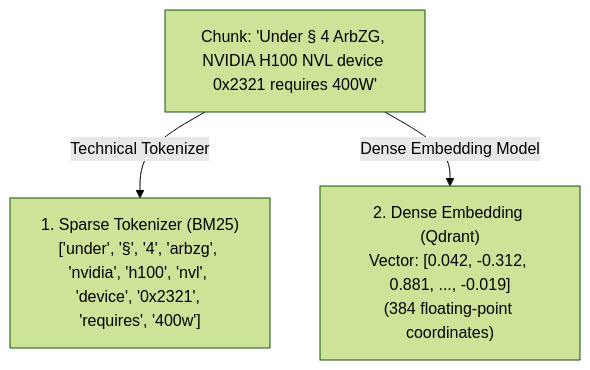
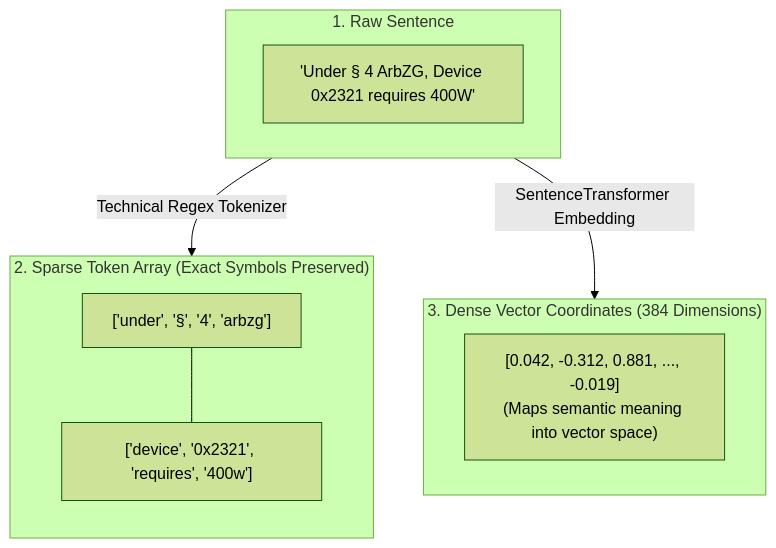
The fourth of 8 diagrams in README.md (frasheed-dev/specrag), drawn with Mermaid (forest theme) before and after one commit. The commit also changed other lines of this file, not shown here.

Commit message:
docs: add metric explanations (Hit Rate, MRR, Latency, CPU vs GPU) and multi-type Mermaid diagrams

````diff
--- a/README.md
+++ b/README.md
@@ -107,7 +107,20 @@
 ```mermaid
 flowchart TD
-    Chunk["Chunk: 'Under § 4 ArbZG, NVIDIA H100 NVL device 0x2321 requires 400W'"]
-    
-    Chunk -->|Technical Tokenizer| Sparse["1. Sparse Tokenizer (BM25)\n['under', '§', '4', 'arbzg', 'nvidia', 'h100', 'nvl', 'device', '0x2321', 'requires', '400w']"]
-    Chunk -->|Dense Embedding Model| Dense["2. Dense Embedding (Qdrant)\nVector: [0.042, -0.312, 0.881, ..., -0.019]\n(384 floating-point coordinates)"]
+    subgraph Raw ["1. Raw Sentence"]
+        S["'Under § 4 ArbZG, Device 0x2321 requires 400W'"]
+    end
+
+    Raw -->|Technical Regex Tokenizer| SparseBox
+    Raw -->|SentenceTransformer Embedding| DenseBox
+
+    subgraph SparseBox ["2. Sparse Token Array (Exact Symbols Preserved)"]
+        direction TB
+        Row1["['under', '§', '4', 'arbzg']"]
+        Row2["['device', '0x2321', 'requires', '400w']"]
+        Row1 --- Row2
+    end
+
+    subgraph DenseBox ["3. Dense Vector Coordinates (384 Dimensions)"]
+        V["[0.042, -0.312, 0.881, ..., -0.019]\n(Maps semantic meaning into vector space)"]
+    end
 ```
````
